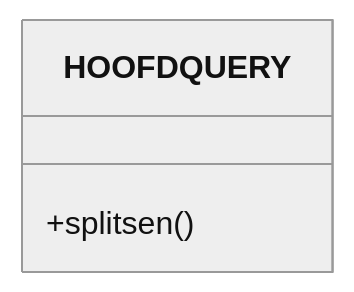
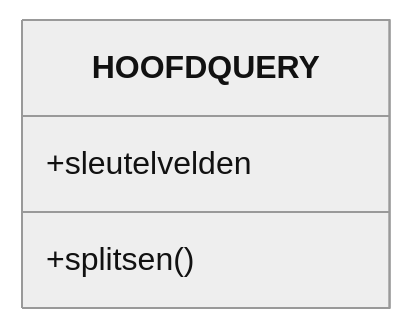
Before and after one commit to fvdsdel/BI_publisher: the diagram in sandbox/diagram.md, drawn with Mermaid (neutral theme).

````diff
--- a/sandbox/diagram.md
+++ b/sandbox/diagram.md
@@ -1,8 +1,8 @@
 ```mermaid
 classDiagram
-    
+    HOOFDQUERY: +sleutelvelden
     HOOFDQUERY: +splitsen()
   
 
 
 ```
````
